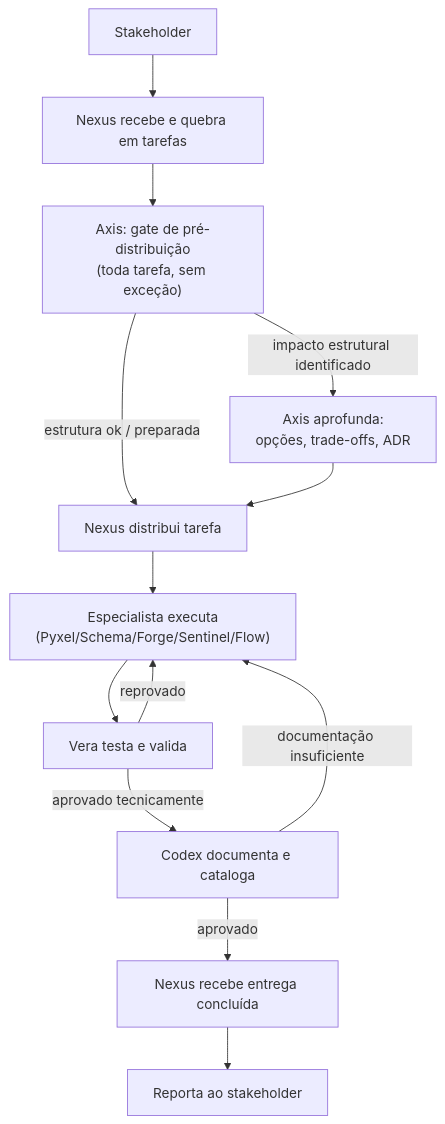
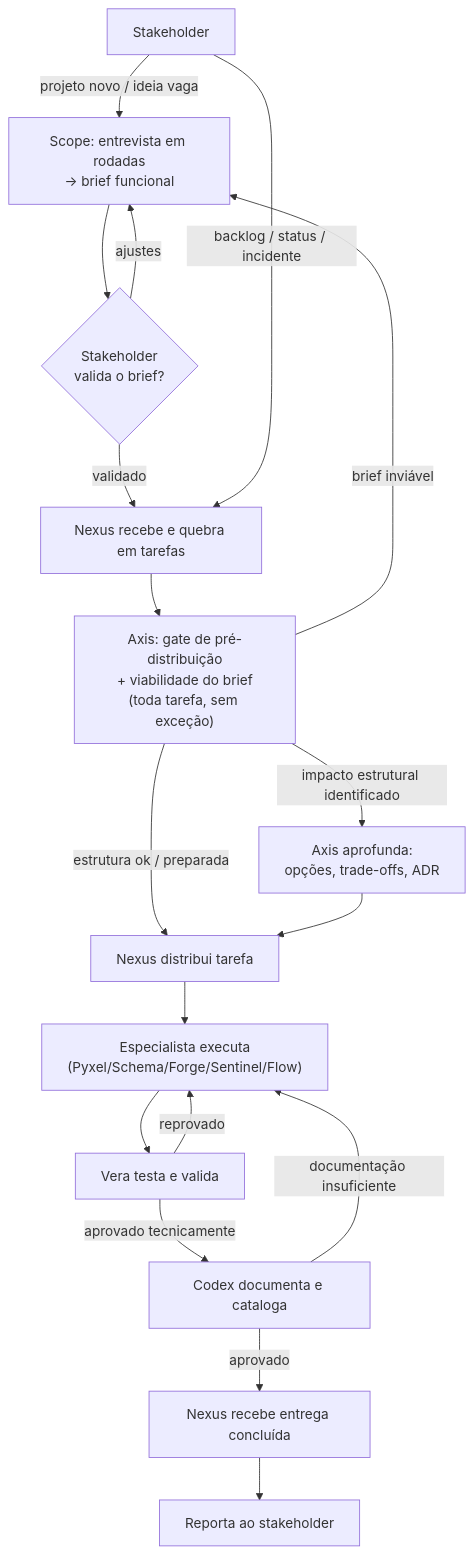
The diagram in ARCHITECTURE.md (devrafaelalvarenga/data-engineer-agent-team), drawn with Mermaid before and after one commit. The commit also changed other lines of this file and 7 other files, not shown here.

````diff
--- a/ARCHITECTURE.md
+++ b/ARCHITECTURE.md
@@ -60,15 +63,20 @@
 ```mermaid
 flowchart TD
-    S["Stakeholder"] --> N["Nexus recebe e quebra em tarefas"]
-    N --> AX["Axis: gate de pré-distribuição<br/>(toda tarefa, sem exceção)"]
+    S["Stakeholder"] -->|"projeto novo / ideia vaga"| SC["Scope: entrevista em rodadas<br/>→ brief funcional"]
+    SC --> VAL{"Stakeholder<br/>valida o brief?"}
+    VAL -->|"ajustes"| SC
+    VAL -->|"validado"| N["Nexus recebe e quebra em tarefas"]
+    S -->|"backlog / status / incidente"| N
+    N --> AX["Axis: gate de pré-distribuição<br/>+ viabilidade do brief<br/>(toda tarefa, sem exceção)"]
+    AX -->|"brief inviável"| SC
     AX -->|"estrutura ok / preparada"| T["Nexus distribui tarefa"]
     AX -->|"impacto estrutural identificado"| ADR["Axis aprofunda:<br/>opções, trade-offs, ADR"]
     ADR --> T
     T --> E["Especialista executa<br/>(Pyxel/Schema/Forge/Sentinel/Flow)"]
     E --> V["Vera testa e valida"]
     V -->|reprovado| E
     V -->|aprovado tecnicamente| C["Codex documenta e cataloga"]
     C -->|documentação insuficiente| E
     C -->|aprovado| N2["Nexus recebe entrega concluída"]
     N2 --> S2["Reporta ao stakeholder"]
 ```
````
